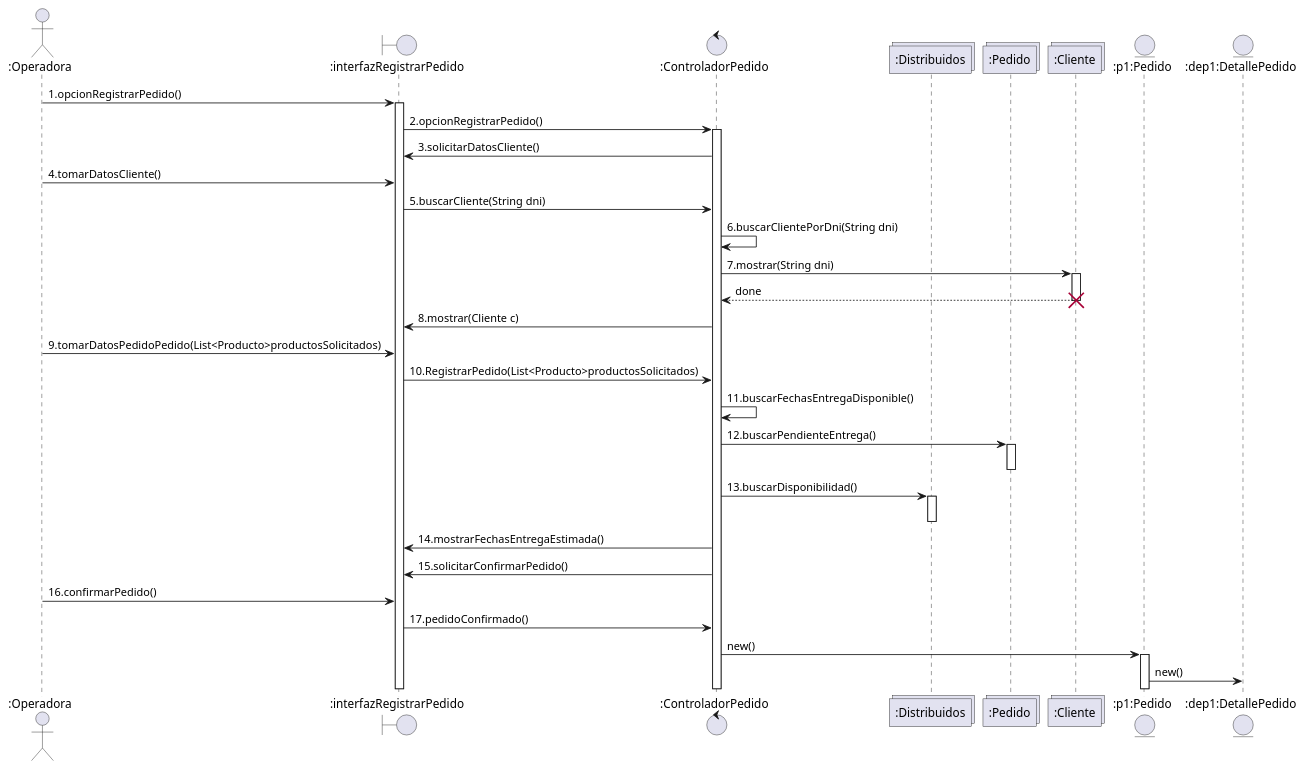
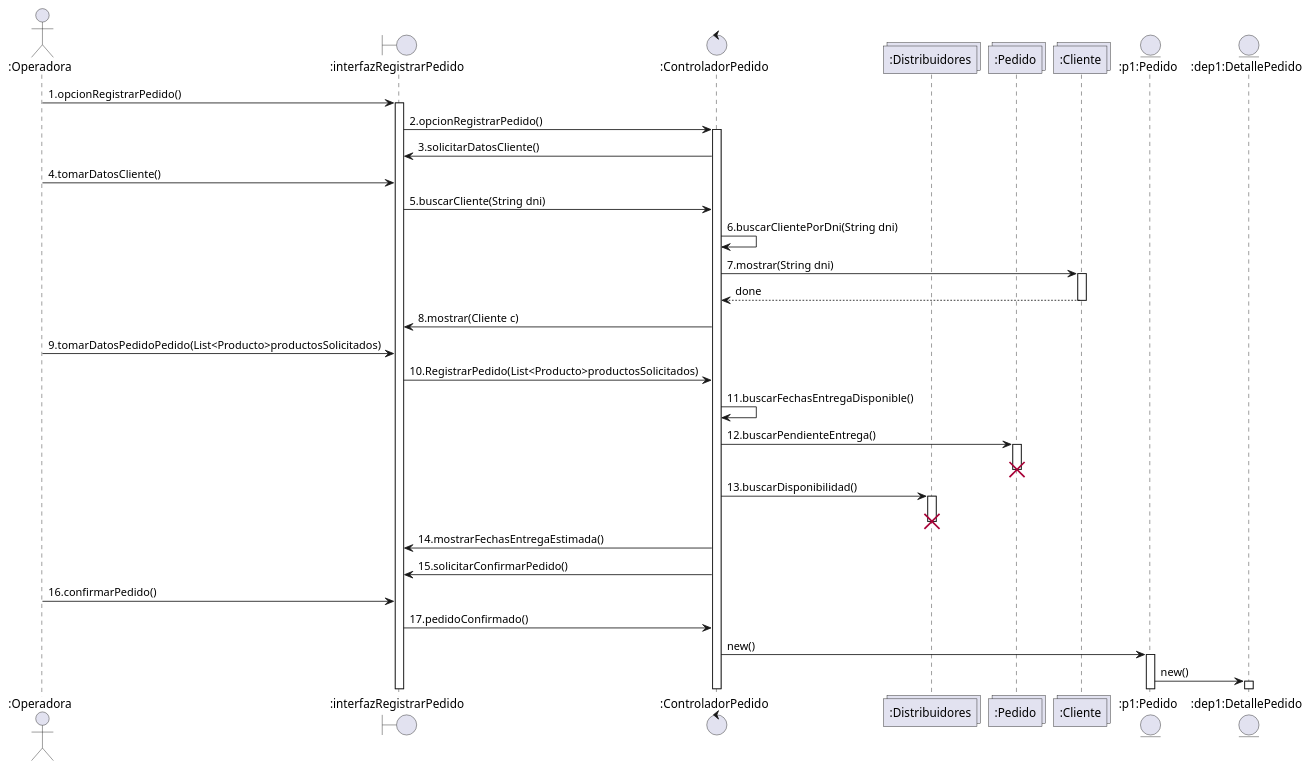
Before and after one commit to SecondPort/DOO1: the diagram in Java/src/Final/Diagramas/Diagrama-de-Secuncia.puml, drawn with PlantUML. The commit also changed 1 other file, not shown here.

```diff
--- a/Java/src/Final/Diagramas/Diagrama-de-Secuncia.puml
+++ b/Java/src/Final/Diagramas/Diagrama-de-Secuncia.puml
@@ -1,42 +1,43 @@
 @startuml Registro-Pedidos
 
 actor ":Operadora" as O
 boundary ":interfazRegistrarPedido" as RP
 control ":ControladorPedido" as CP
-collections ":Distribuidos" as D
+collections ":Distribuidores" as D
 collections ":Pedido" as P
 collections ":Cliente" as C
 entity ":p1:Pedido" as P1
 entity ":dep1:DetallePedido" as DP1
 
 O -> RP : 1.opcionRegistrarPedido()
 activate RP
 RP -> CP : 2.opcionRegistrarPedido()
 activate CP
 CP -> RP : 3.solicitarDatosCliente()
 O -> RP : 4.tomarDatosCliente()
 RP -> CP : 5.buscarCliente(String dni)
 CP -> CP : 6.buscarClientePorDni(String dni)
 CP -> C : 7.mostrar(String dni)
 activate C
-C -->CP : done
-destroy C
+C --> CP : done
+deactivate C
 CP -> RP : 8.mostrar(Cliente c)
 O -> RP : 9.tomarDatosPedidoPedido(List<Producto>productosSolicitados)
 RP -> CP : 10.RegistrarPedido(List<Producto>productosSolicitados)
 CP -> CP : 11.buscarFechasEntregaDisponible()
 CP -> P : 12.buscarPendienteEntrega()
 activate P
-deactivate P
+destroy P
 CP -> D : 13.buscarDisponibilidad()
 activate D
-deactivate D
+destroy D
 CP -> RP : 14.mostrarFechasEntregaEstimada()
 CP -> RP : 15.solicitarConfirmarPedido()
 O -> RP : 16.confirmarPedido()
 RP -> CP : 17.pedidoConfirmado()
 CP -> P1 : new()
 activate P1
 P1 -> DP1 : new()
+activate DP1
 
 @enduml
```
